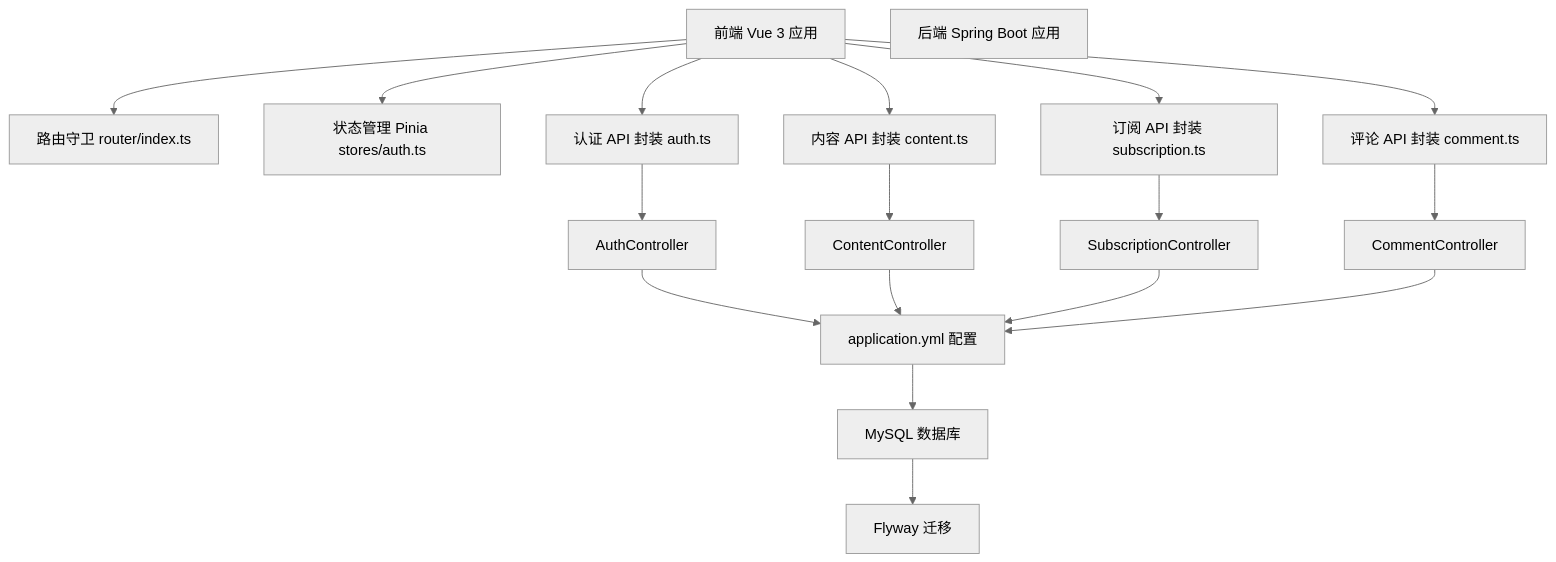
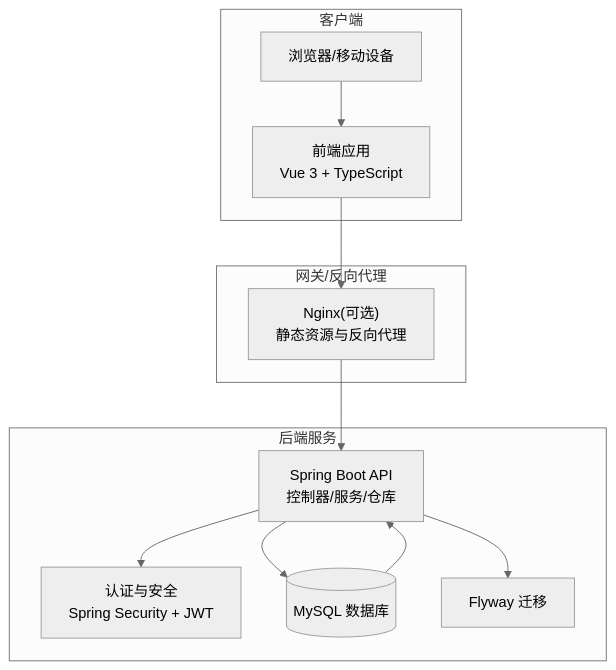
One commit to koala-xiong/communication-qoder changed the second of 7 diagrams in .qoder/repowiki/zh/content/项目概述.md. Above: the diagram before and after it, drawn with Mermaid (neutral theme). The commit also changed other lines of this file and 73 other files, not shown here.

````diff
--- a/.qoder/repowiki/zh/content/项目概述.md
+++ b/.qoder/repowiki/zh/content/项目概述.md
@@ -134,34 +102,23 @@
 ```mermaid
 graph TB
-FE["前端 Vue 3 应用"]
-RT["路由守卫 router/index.ts"]
-ST["状态管理 Pinia stores/auth.ts"]
-API_AUTH["认证 API 封装 auth.ts"]
-API_CONTENT["内容 API 封装 content.ts"]
-API_SUB["订阅 API 封装 subscription.ts"]
-API_COMMENT["评论 API 封装 comment.ts"]
-BE["后端 Spring Boot 应用"]
-CFG["application.yml 配置"]
-CTRL_AUTH["AuthController"]
-CTRL_CONTENT["ContentController"]
-CTRL_SUB["SubscriptionController"]
-CTRL_COMMENT["CommentController"]
-DB["MySQL 数据库"]
-FW["Flyway 迁移"]
-FE --> RT
-FE --> ST
-FE --> API_AUTH
-FE --> API_CONTENT
-FE --> API_SUB
-FE --> API_COMMENT
-API_AUTH --> CTRL_AUTH
-API_CONTENT --> CTRL_CONTENT
-API_SUB --> CTRL_SUB
-API_COMMENT --> CTRL_COMMENT
-CTRL_AUTH --> CFG
-CTRL_CONTENT --> CFG
-CTRL_SUB --> CFG
-CTRL_COMMENT --> CFG
-CFG --> DB
-DB --> FW
+subgraph "客户端"
+UI["浏览器/移动设备"]
+FE["前端应用<br/>Vue 3 + TypeScript"]
+end
+subgraph "网关/反向代理"
+NGINX["Nginx(可选)<br/>静态资源与反向代理"]
+end
+subgraph "后端服务"
+API["Spring Boot API<br/>控制器/服务/仓库"]
+AUTH["认证与安全<br/>Spring Security + JWT"]
+DB[("MySQL 数据库")]
+MIG["Flyway 迁移"]
+end
+UI --> FE
+FE --> NGINX
+NGINX --> API
+API --> AUTH
+API --> DB
+API --> MIG
+DB --> API
 ```
````
